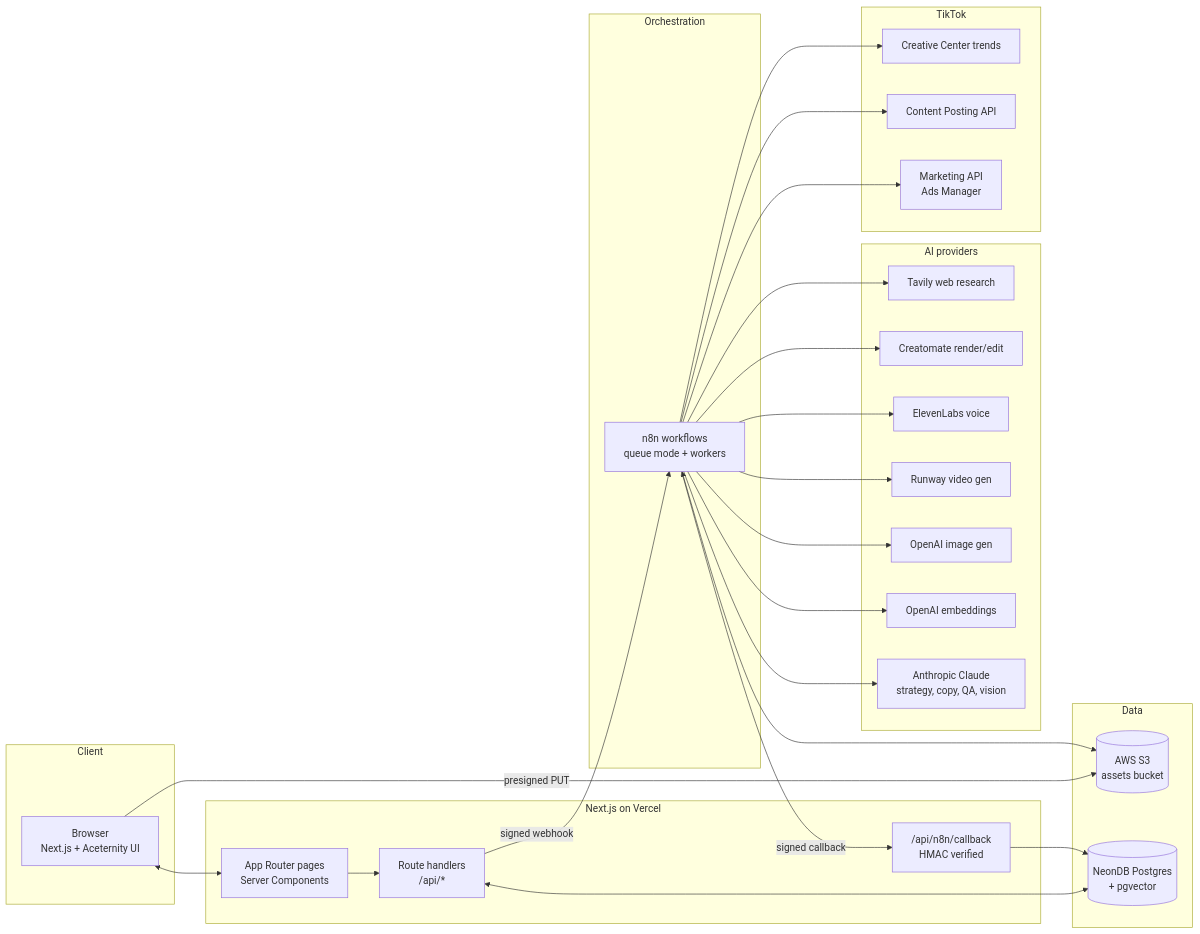
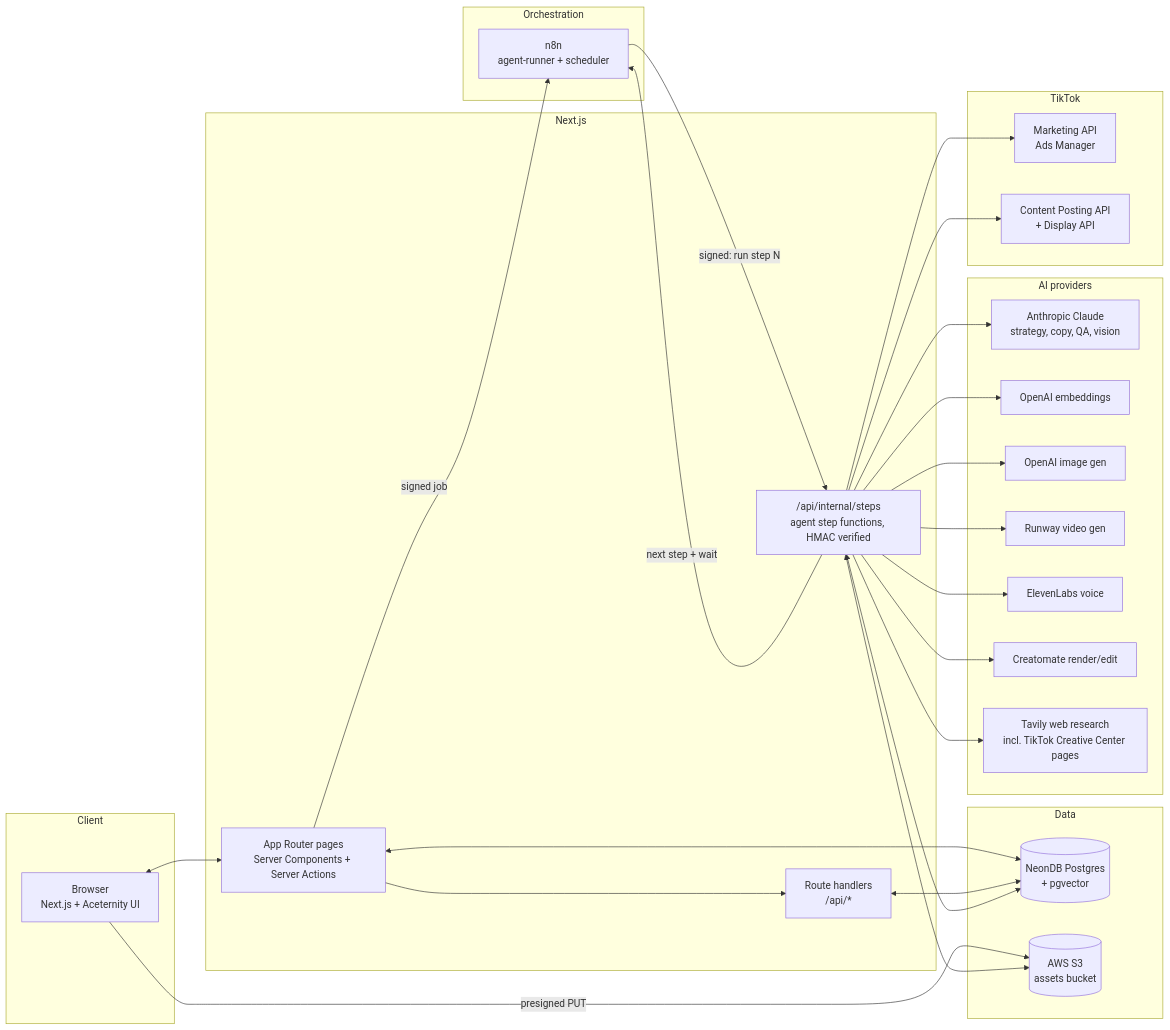
The first of 8 diagrams in docs/02-sequence-diagrams.md (Zafar-Sheik/marketing-agent), drawn with Mermaid before and after one commit. The commit also changed other lines of this file and 57 other files, not shown here.

First line of the commit message:
Build the app UI, n8n workflows, migrations and end-to-end tests

````diff
--- a/docs/02-sequence-diagrams.md
+++ b/docs/02-sequence-diagrams.md
@@ -5,43 +5,44 @@
 ```mermaid
 flowchart LR
     subgraph Client
         B[Browser<br/>Next.js + Aceternity UI]
     end
-    subgraph App [Next.js on Vercel]
-        UI[App Router pages<br/>Server Components]
+    subgraph App [Next.js]
+        UI[App Router pages<br/>Server Components + Server Actions]
         API[Route handlers<br/>/api/*]
-        CB["/api/n8n/callback<br/>HMAC verified"]
+        STEPS["/api/internal/steps<br/>agent step functions, HMAC verified"]
     end
     subgraph Data
         NEON[(NeonDB Postgres<br/>+ pgvector)]
         S3[(AWS S3<br/>assets bucket)]
     end
     subgraph Orchestration
-        N8N[n8n workflows<br/>queue mode + workers]
+        N8N[n8n<br/>agent-runner + scheduler]
     end
     subgraph AI [AI providers]
         CL[Anthropic Claude<br/>strategy, copy, QA, vision]
         EMB[OpenAI embeddings]
         IMG[OpenAI image gen]
         VID[Runway video gen]
         TTS[ElevenLabs voice]
         ED[Creatomate render/edit]
-        RS[Tavily web research]
+        RS[Tavily web research<br/>incl. TikTok Creative Center pages]
     end
     subgraph TikTok
         TA[Marketing API<br/>Ads Manager]
-        TP[Content Posting API]
-        TC[Creative Center trends]
+        TP[Content Posting API<br/>+ Display API]
     end
 
     B <--> UI
     B -- presigned PUT --> S3
     UI --> API
+    UI <--> NEON
     API <--> NEON
-    API -- signed webhook --> N8N
-    N8N -- signed callback --> CB
-    CB --> NEON
-    N8N <--> S3
-    N8N --> CL & EMB & IMG & VID & TTS & ED & RS
-    N8N --> TA & TP & TC
+    UI -- signed job --> N8N
+    N8N -- "signed: run step N" --> STEPS
+    STEPS -- "next step + wait" --> N8N
+    STEPS <--> NEON
+    STEPS <--> S3
+    STEPS --> CL & EMB & IMG & VID & TTS & ED & RS
+    STEPS --> TA & TP
 ```
````
